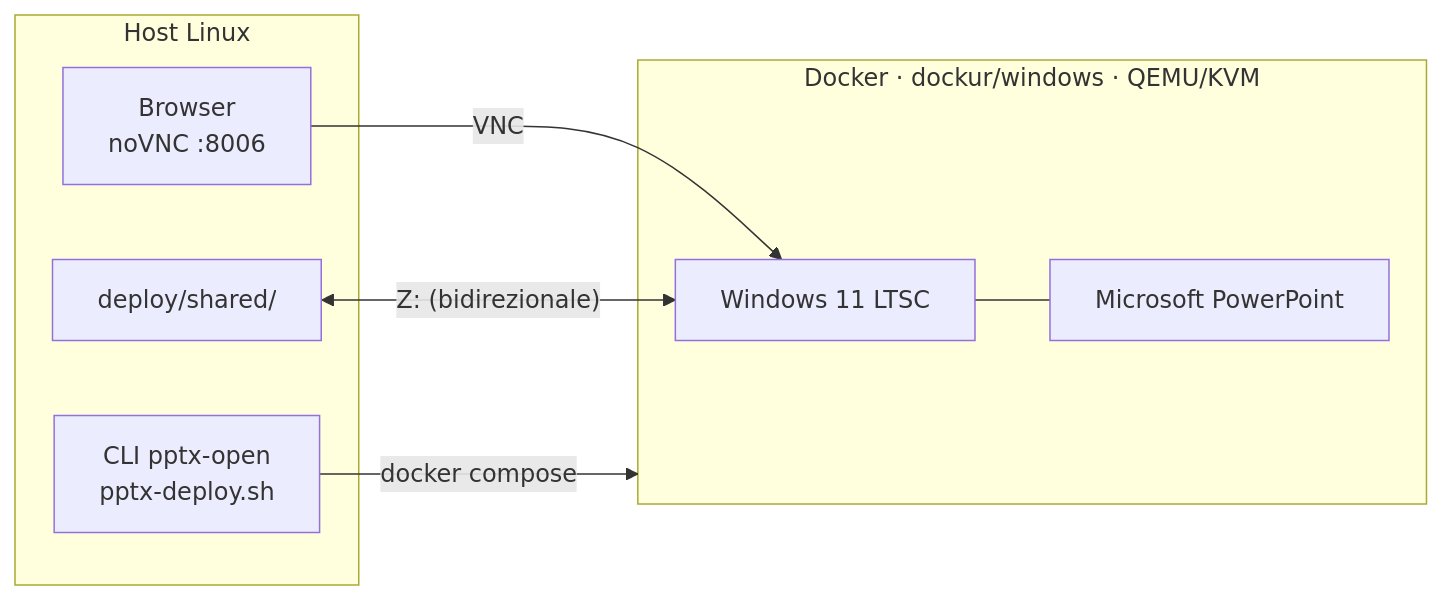
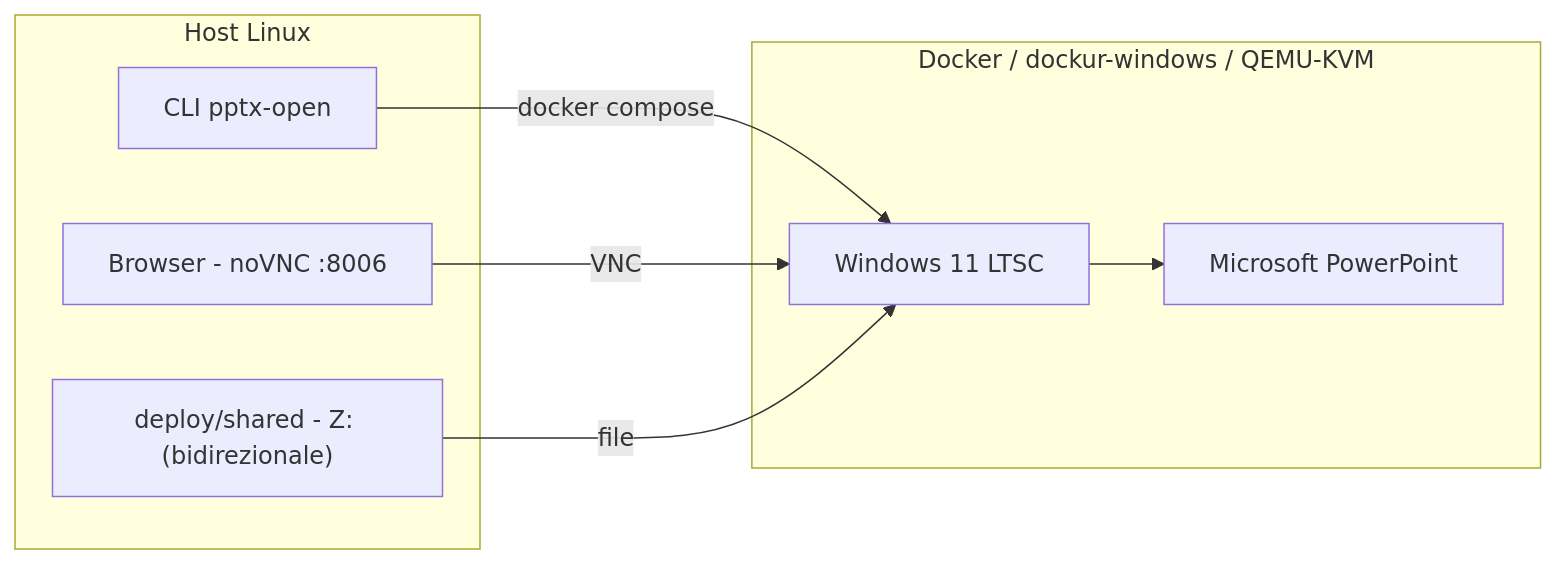
Before and after one commit to dexRand/365alFly: the diagram in README.it.md, drawn with Mermaid. The commit also changed 1 other file, not shown here.

Commit message:
docs: semplifica diagramma Mermaid (rimosso bidirectional con label e link a subgraph)

````diff
--- a/README.it.md
+++ b/README.it.md
@@ -54,16 +54,16 @@
 ```mermaid
 flowchart LR
   subgraph HOST["Host Linux"]
-    CLI["CLI pptx-open<br/>pptx-deploy.sh"]
-    BR["Browser<br/>noVNC :8006"]
-    SH["deploy/shared/"]
+    CLI["CLI pptx-open"]
+    BR["Browser - noVNC :8006"]
+    SH["deploy/shared - Z: (bidirezionale)"]
   end
-  subgraph CONT["Docker · dockur/windows · QEMU/KVM"]
+  subgraph CONT["Docker / dockur-windows / QEMU-KVM"]
     WIN["Windows 11 LTSC"]
     PP["Microsoft PowerPoint"]
   end
-  CLI -- "docker compose" --> CONT
+  CLI -- "docker compose" --> WIN
   BR -- "VNC" --> WIN
-  SH <-- "Z: (bidirezionale)" --> WIN
-  WIN --- PP
+  SH -- "file" --> WIN
+  WIN --> PP
 ```
````
